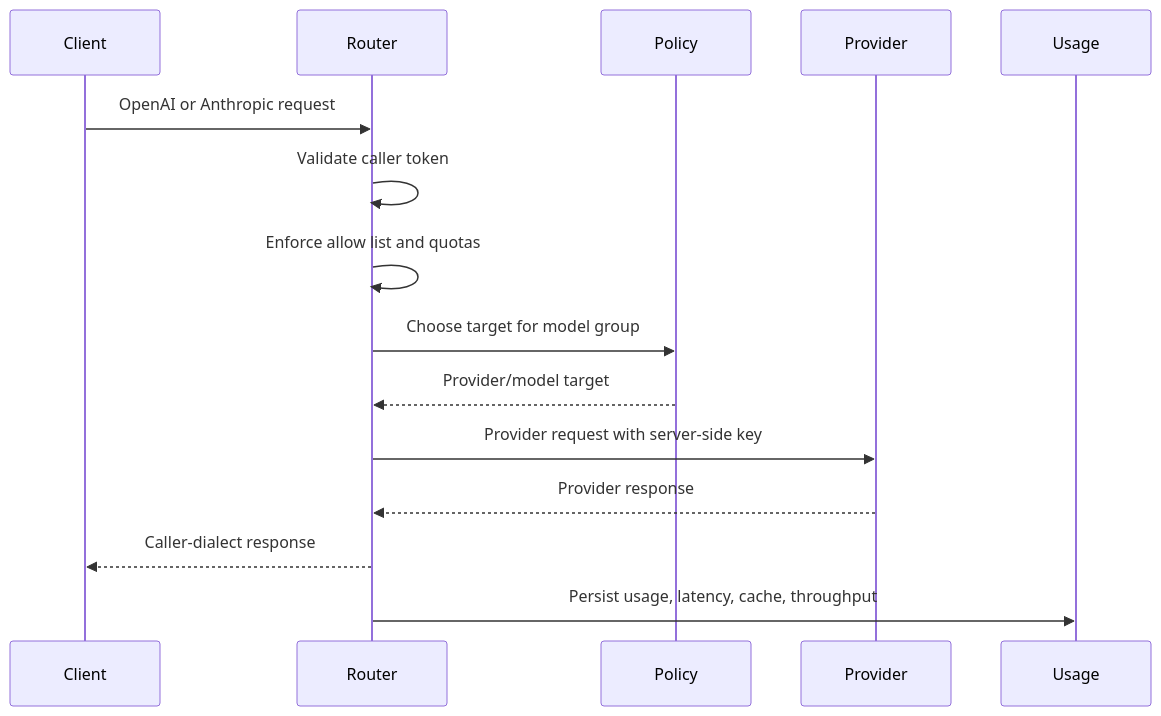
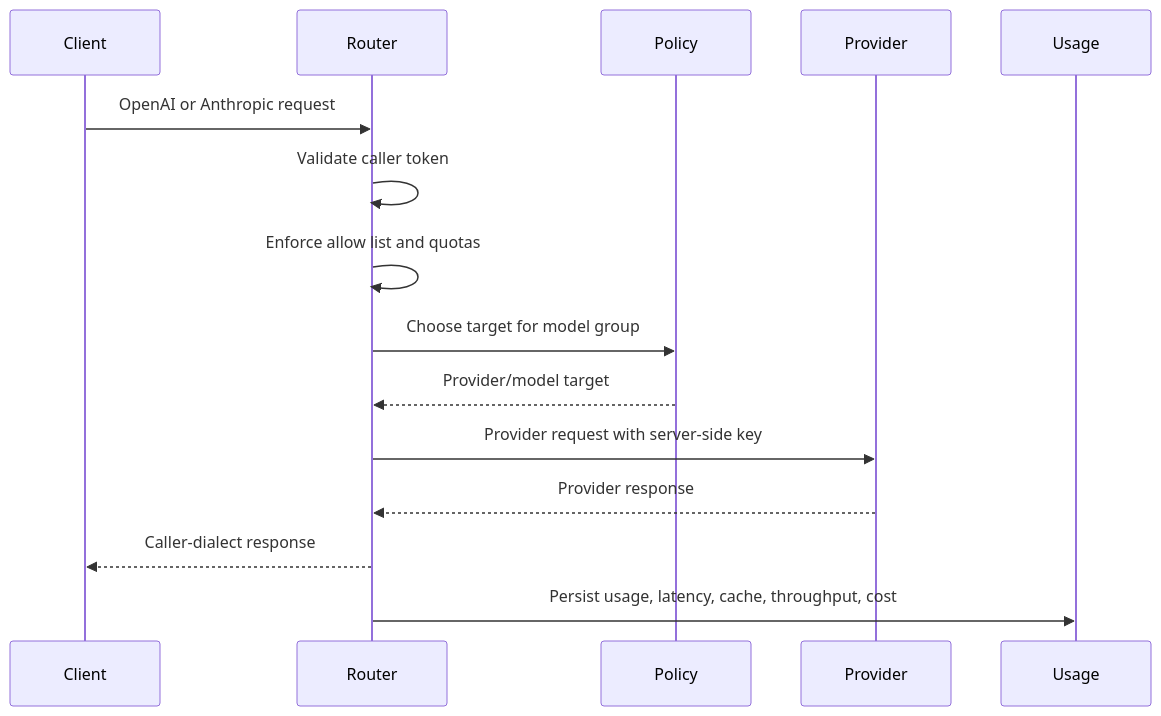
One commit to Metrum-AI-Products/genai-smart-router changed the second of 2 diagrams in docs-site/docs/solution-brief.md. Above: the diagram before and after it, drawn with Mermaid. The commit also changed other lines of this file and 22 other files, not shown here.

Commit message:
router: persist upstream pricing metadata

````diff
--- a/docs-site/docs/solution-brief.md
+++ b/docs-site/docs/solution-brief.md
@@ -56,18 +58,18 @@
 ```mermaid
 sequenceDiagram
   participant Client
   participant Router
   participant Policy
   participant Provider
   participant Usage
 
   Client->>Router: OpenAI or Anthropic request
   Router->>Router: Validate caller token
   Router->>Router: Enforce allow list and quotas
   Router->>Policy: Choose target for model group
   Policy-->>Router: Provider/model target
   Router->>Provider: Provider request with server-side key
   Provider-->>Router: Provider response
   Router-->>Client: Caller-dialect response
-  Router->>Usage: Persist usage, latency, cache, throughput
+  Router->>Usage: Persist usage, latency, cache, throughput, cost
 ```
````
